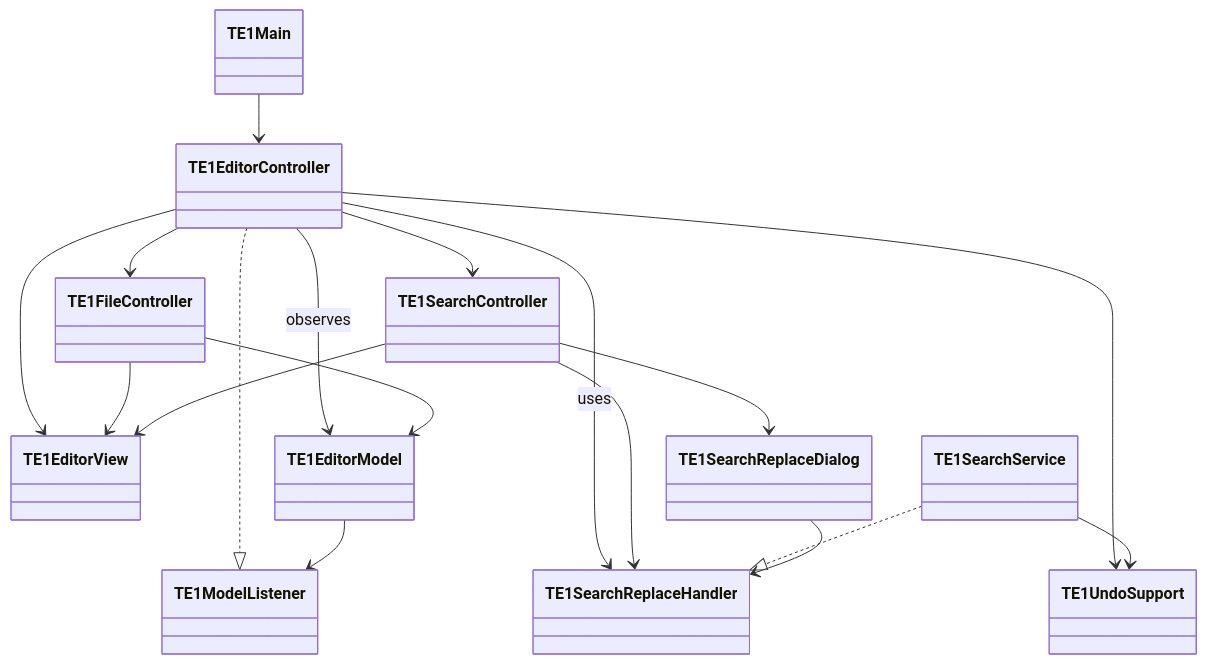
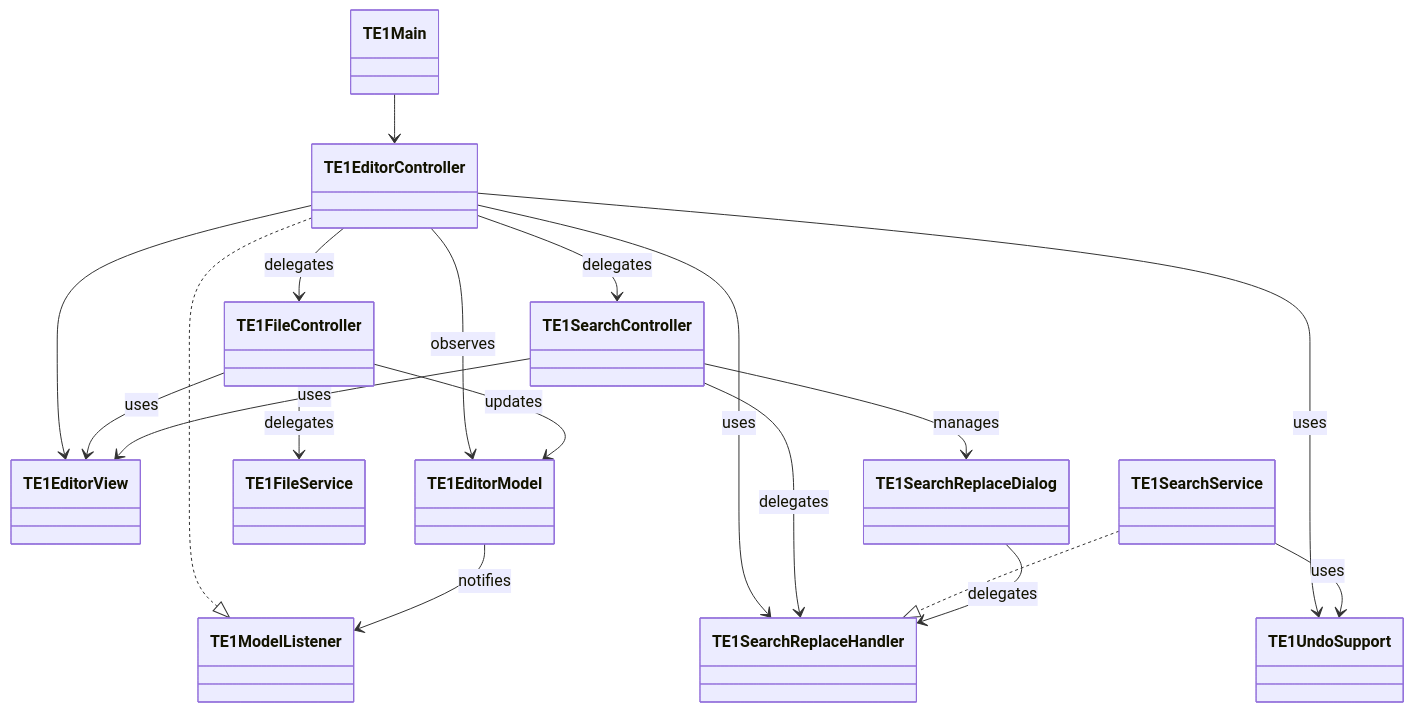
Before and after one commit to mkunori/TextEditor1Go: the diagram in README.md, drawn with Mermaid. The commit also changed other lines of this file and 2 other files, not shown here.

````diff
--- a/README.md
+++ b/README.md
@@ -134,37 +127,39 @@
 ```mermaid
 classDiagram
     class TE1Main
     class TE1EditorController
     class TE1FileController
     class TE1SearchController
     class TE1EditorView
     class TE1EditorModel
     class TE1ModelListener
+    class TE1FileService
     class TE1SearchReplaceHandler
     class TE1SearchService
     class TE1SearchReplaceDialog
     class TE1UndoSupport
 
     TE1Main --> TE1EditorController
 
     TE1EditorController --> TE1EditorView
     TE1EditorController --> TE1EditorModel : observes
-    TE1EditorController --> TE1FileController
-    TE1EditorController --> TE1SearchController
-    TE1EditorController --> TE1UndoSupport
+    TE1EditorController --> TE1FileController : delegates
+    TE1EditorController --> TE1SearchController : delegates
+    TE1EditorController --> TE1UndoSupport : uses
     TE1EditorController --> TE1SearchReplaceHandler : uses
 
-    TE1FileController --> TE1EditorView
-    TE1FileController --> TE1EditorModel
+    TE1FileController --> TE1EditorView : uses
+    TE1FileController --> TE1EditorModel : updates
+    TE1FileController --> TE1FileService : delegates
 
-    TE1SearchController --> TE1EditorView
-    TE1SearchController --> TE1SearchReplaceHandler
-    TE1SearchController --> TE1SearchReplaceDialog
+    TE1SearchController --> TE1EditorView : uses
+    TE1SearchController --> TE1SearchReplaceHandler : delegates
+    TE1SearchController --> TE1SearchReplaceDialog : manages
 
     TE1EditorController ..|> TE1ModelListener
-    TE1EditorModel --> TE1ModelListener
+    TE1EditorModel --> TE1ModelListener : notifies
 
     TE1SearchService ..|> TE1SearchReplaceHandler
-    TE1SearchService --> TE1UndoSupport
-    TE1SearchReplaceDialog --> TE1SearchReplaceHandler
+    TE1SearchService --> TE1UndoSupport : uses
+    TE1SearchReplaceDialog --> TE1SearchReplaceHandler : delegates
 ```
````
